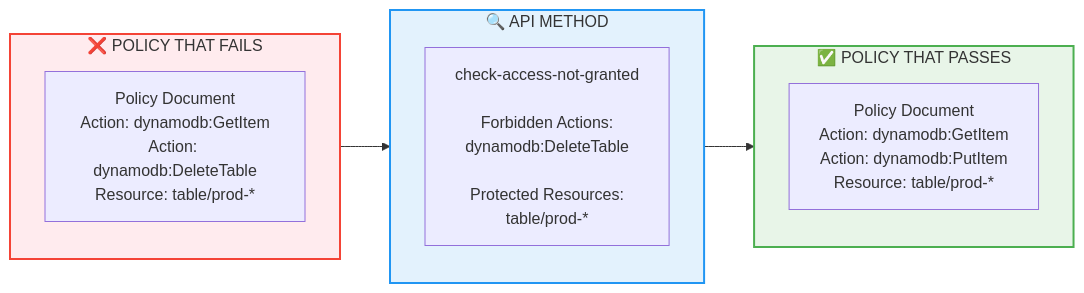
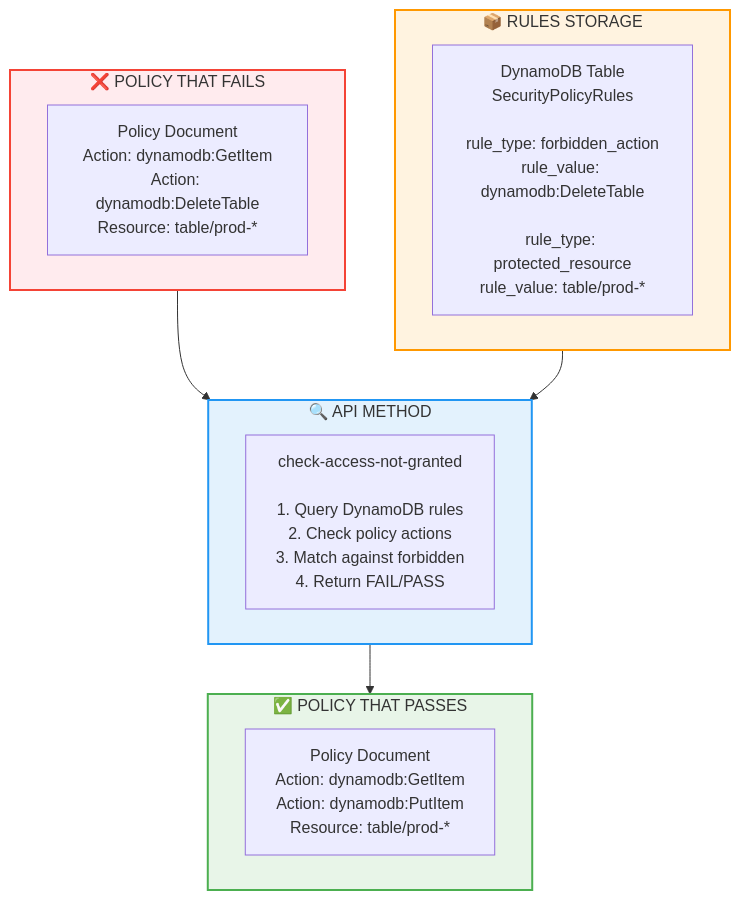
Before and after one commit to demoq-demo/iam_workshop: the tenth of 12 diagrams in README.md, drawn with Mermaid. The commit also changed other lines of this file, not shown here.

````diff
--- a/README.md
+++ b/README.md
@@ -2300,21 +2300,27 @@
 ```mermaid
-flowchart LR
+flowchart TD
     subgraph FAIL ["❌ POLICY THAT FAILS"]
         FailPolicy["Policy Document<br/>Action: dynamodb:GetItem<br/>Action: dynamodb:DeleteTable<br/>Resource: table/prod-*"]
     end
     
+    subgraph STORAGE ["📦 RULES STORAGE"]
+        DynamoDB["DynamoDB Table<br/>SecurityPolicyRules<br/><br/>rule_type: forbidden_action<br/>rule_value: dynamodb:DeleteTable<br/><br/>rule_type: protected_resource<br/>rule_value: table/prod-*"]
+    end
+    
     subgraph API ["🔍 API METHOD"]
-        Method["check-access-not-granted<br/><br/>Forbidden Actions:<br/>dynamodb:DeleteTable<br/><br/>Protected Resources:<br/>table/prod-*"]
+        Method["check-access-not-granted<br/><br/>1. Query DynamoDB rules<br/>2. Check policy actions<br/>3. Match against forbidden<br/>4. Return FAIL/PASS"]
     end
     
     subgraph PASS ["✅ POLICY THAT PASSES"]
         PassPolicy["Policy Document<br/>Action: dynamodb:GetItem<br/>Action: dynamodb:PutItem<br/>Resource: table/prod-*"]
     end
     
     FAIL --> API
+    STORAGE --> API
     API --> PASS
     
     style FAIL fill:#ffebee,stroke:#f44336,stroke-width:2px
+    style STORAGE fill:#fff3e0,stroke:#ff9800,stroke-width:2px
     style API fill:#e3f2fd,stroke:#2196f3,stroke-width:2px
     style PASS fill:#e8f5e8,stroke:#4caf50,stroke-width:2px
 ```
````
